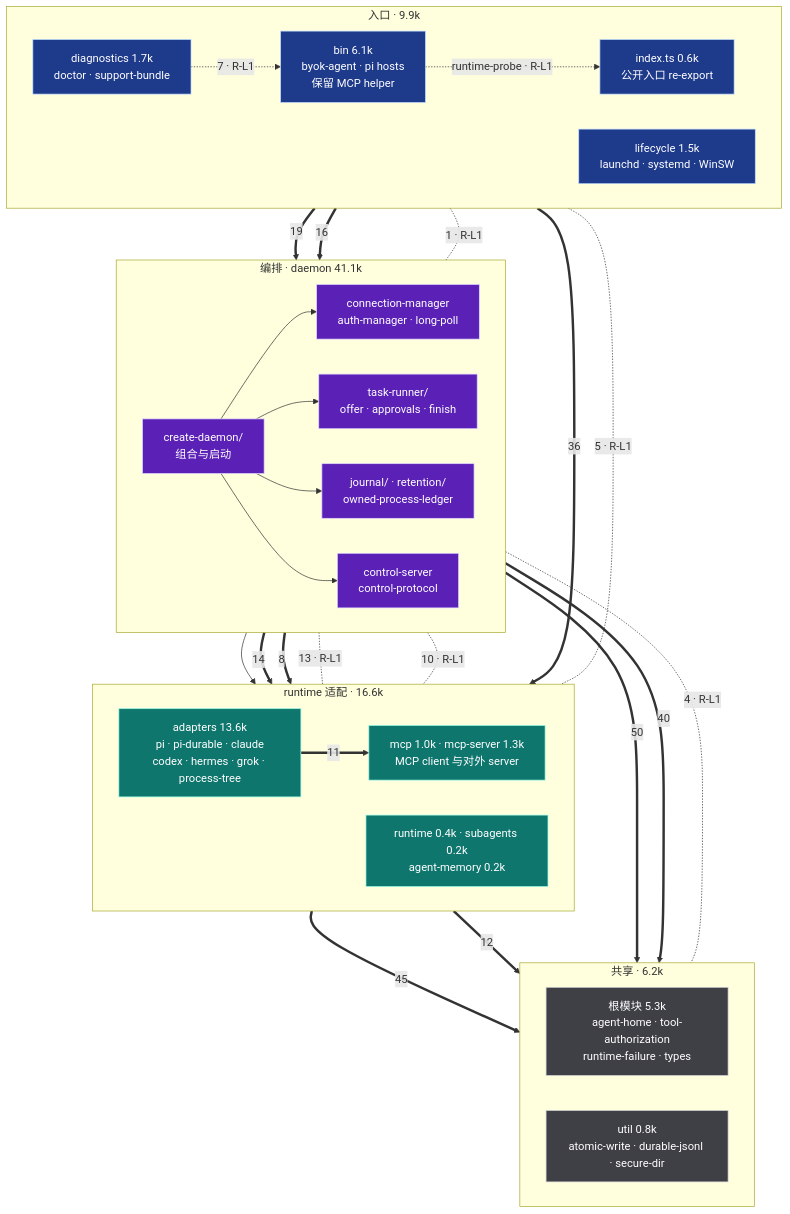
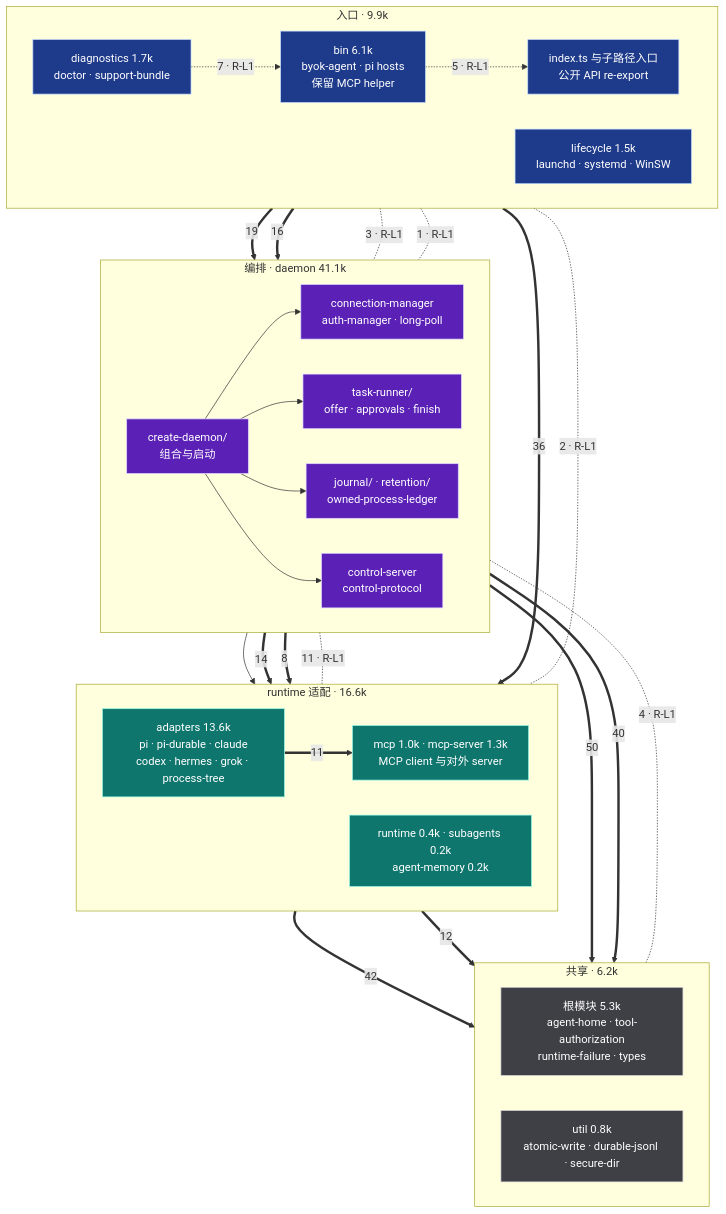
The second of 7 diagrams in docs/architecture/layered-architecture.md (Ancienttwo/byok-sdk), drawn with Mermaid before and after one commit. The commit also changed other lines of this file and 2 other files, not shown here.

First line of the commit message:
docs(architecture): link Remarks to the #1093 v2 issues and recount module edges

````diff
--- a/docs/architecture/layered-architecture.md
+++ b/docs/architecture/layered-architecture.md
@@ -137,60 +137,60 @@
 ```mermaid
 flowchart TB
   classDef entry fill:#1e3a8a,stroke:#bfdbfe,color:#fff
   classDef orch fill:#5b21b6,stroke:#ddd6fe,color:#fff
   classDef adapt fill:#0f766e,stroke:#99f6e4,color:#fff
   classDef util fill:#3f3f46,stroke:#d4d4d8,color:#fff
 
   subgraph E["入口 · 9.9k"]
     direction LR
     Bin["bin 6.1k<br/>byok-agent · pi hosts<br/>保留 MCP helper"]:::entry
-    Idx["index.ts 0.6k<br/>公开入口 re-export"]:::entry
+    Idx["index.ts 与子路径入口<br/>公开 API re-export"]:::entry
     Life["lifecycle 1.5k<br/>launchd · systemd · WinSW"]:::entry
     Diag["diagnostics 1.7k<br/>doctor · support-bundle"]:::entry
   end
 
   subgraph O["编排 · daemon 41.1k"]
     direction LR
     CD["create-daemon/<br/>组合与启动"]:::orch
     Conn["connection-manager<br/>auth-manager · long-poll"]:::orch
     TR["task-runner/<br/>offer · approvals · finish"]:::orch
     Jr["journal/ · retention/<br/>owned-process-ledger"]:::orch
     Ctl["control-server<br/>control-protocol"]:::orch
   end
 
   subgraph A["runtime 适配 · 16.6k"]
     direction LR
     Ad["adapters 13.6k<br/>pi · pi-durable · claude<br/>codex · hermes · grok · process-tree"]:::adapt
     Mcp["mcp 1.0k · mcp-server 1.3k<br/>MCP client 与对外 server"]:::adapt
     Sub["runtime 0.4k · subagents 0.2k<br/>agent-memory 0.2k"]:::adapt
   end
 
   subgraph S["共享 · 6.2k"]
     direction LR
     Root["根模块 5.3k<br/>agent-home · tool-authorization<br/>runtime-failure · types"]:::util
     Util["util 0.8k<br/>atomic-write · durable-jsonl · secure-dir"]:::util
   end
 
   Bin ==>|"19"| O
   Bin ==>|"36"| Ad
   Diag ==>|"16"| O
   CD --> Conn
   CD --> TR
   CD --> Jr
   CD --> Ctl
   TR --> Ad
   O ==>|"14"| Ad
   O ==>|"8"| Mcp
   Ad ==>|"11"| Mcp
   O ==>|"50"| Root
-  Ad ==>|"45"| Root
+  Ad ==>|"42"| Root
   O ==>|"40"| Util
   Ad ==>|"12"| Util
-  O <-.-|"13 · R-L1"| Ad
-  O <-.-|"10 · R-L1"| Sub
+  O <-.-|"11 · R-L1"| Ad
   O <-.-|"4 · R-L1"| Root
+  Life <-.-|"3 · R-L1"| O
   Bin <-.-|"1 · R-L1"| O
-  Bin <-.-|"5 · R-L1"| Sub
+  Bin <-.-|"2 · R-L1"| Sub
   Diag -.->|"7 · R-L1"| Bin
-  Bin -.->|"runtime-probe · R-L1"| Idx
+  Bin -.->|"5 · R-L1"| Idx
 ```
````
